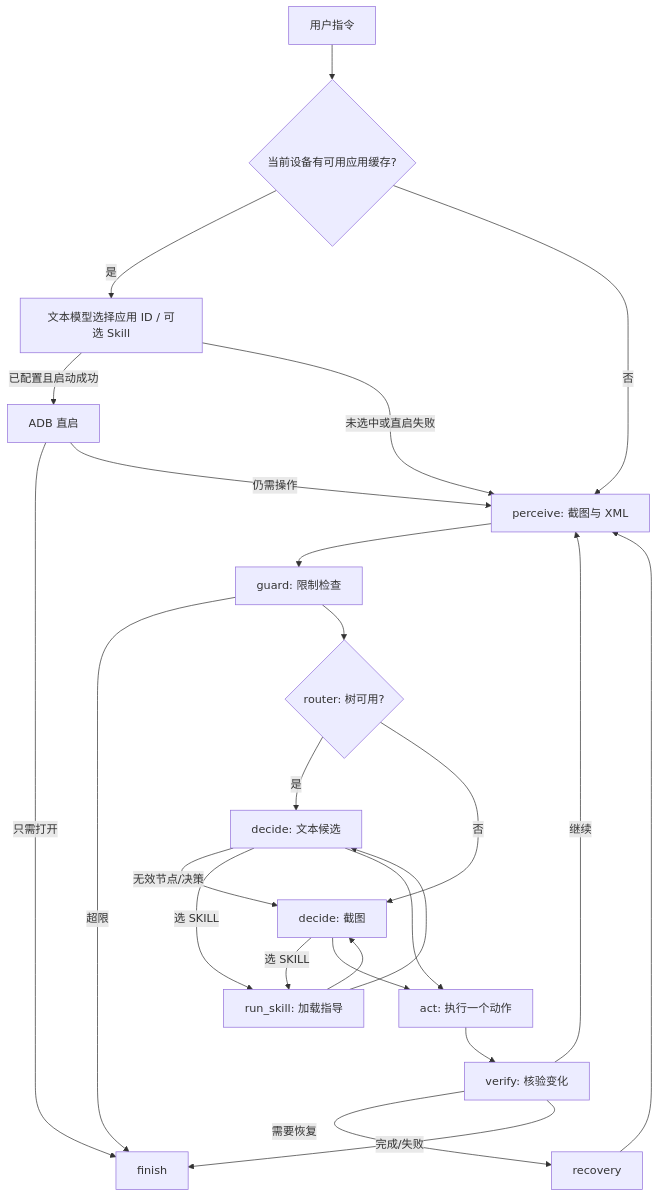
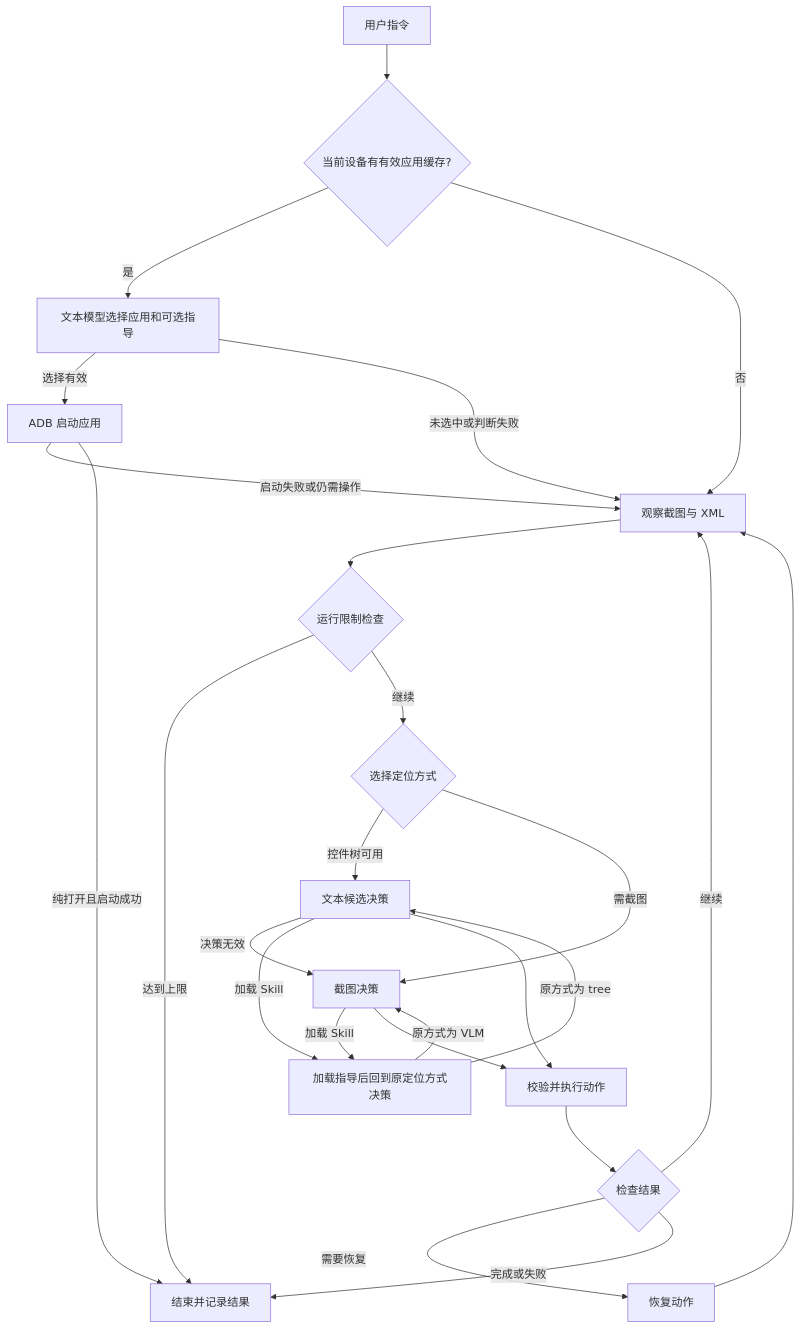
One commit to blossomF/AutomotiveGUI changed the diagram in doc/设计文档.md. Above: the diagram before and after it, drawn with Mermaid. The commit also changed other lines of this file and 6 other files, not shown here.

````diff
--- a/doc/设计文档.md
+++ b/doc/设计文档.md
@@ -28,26 +52,26 @@
 ```mermaid
 flowchart TD
-    TASK[用户指令] --> INIT{当前设备有可用应用缓存?}
-    INIT -->|是| SELECT[文本模型选择应用 ID / 可选 Skill]
-    INIT -->|否| OBS[perceive: 截图与 XML]
-    SELECT -->|已配置且启动成功| LAUNCH[ADB 直启]
-    SELECT -->|未选中或直启失败| OBS
-    LAUNCH -->|只需打开| END[finish]
-    LAUNCH -->|仍需操作| OBS
-    OBS --> GUARD[guard: 限制检查]
-    GUARD -->|超限| END
-    GUARD --> ROUTE{router: 树可用?}
-    ROUTE -->|是| TREE[decide: 文本候选]
-    ROUTE -->|否| VLM[decide: 截图]
-    TREE -->|无效节点/决策| VLM
-    TREE -->|选 SKILL| SKILL[run_skill: 加载指导]
-    VLM -->|选 SKILL| SKILL
-    SKILL --> TREE
-    SKILL --> VLM
-    TREE --> ACT[act: 执行一个动作]
+    TASK[用户指令] --> INIT{当前设备有有效应用缓存?}
+    INIT -->|是| SELECT[文本模型选择应用和可选指导]
+    INIT -->|否| OBS[观察截图与 XML]
+    SELECT -->|选择有效| LAUNCH[ADB 启动应用]
+    SELECT -->|未选中或判断失败| OBS
+    LAUNCH -->|启动失败或仍需操作| OBS
+    LAUNCH -->|纯打开且启动成功| END[结束并记录结果]
+    OBS --> GUARD{运行限制检查}
+    GUARD -->|达到上限| END
+    GUARD -->|继续| ROUTE{选择定位方式}
+    ROUTE -->|控件树可用| TREE[文本候选决策]
+    ROUTE -->|需截图| VLM[截图决策]
+    TREE -->|决策无效| VLM
+    TREE -->|加载 Skill| SKILL[加载指导后回到原定位方式决策]
+    VLM -->|加载 Skill| SKILL
+    SKILL -->|原方式为 tree| TREE
+    SKILL -->|原方式为 VLM| VLM
+    TREE --> ACT[校验并执行动作]
     VLM --> ACT
-    ACT --> VERIFY[verify: 核验变化]
+    ACT --> VERIFY{检查结果}
     VERIFY -->|继续| OBS
-    VERIFY -->|需要恢复| RECOVERY[recovery] --> OBS
-    VERIFY -->|完成/失败| END
+    VERIFY -->|需要恢复| RECOVERY[恢复动作] --> OBS
+    VERIFY -->|完成或失败| END
 ```
````
